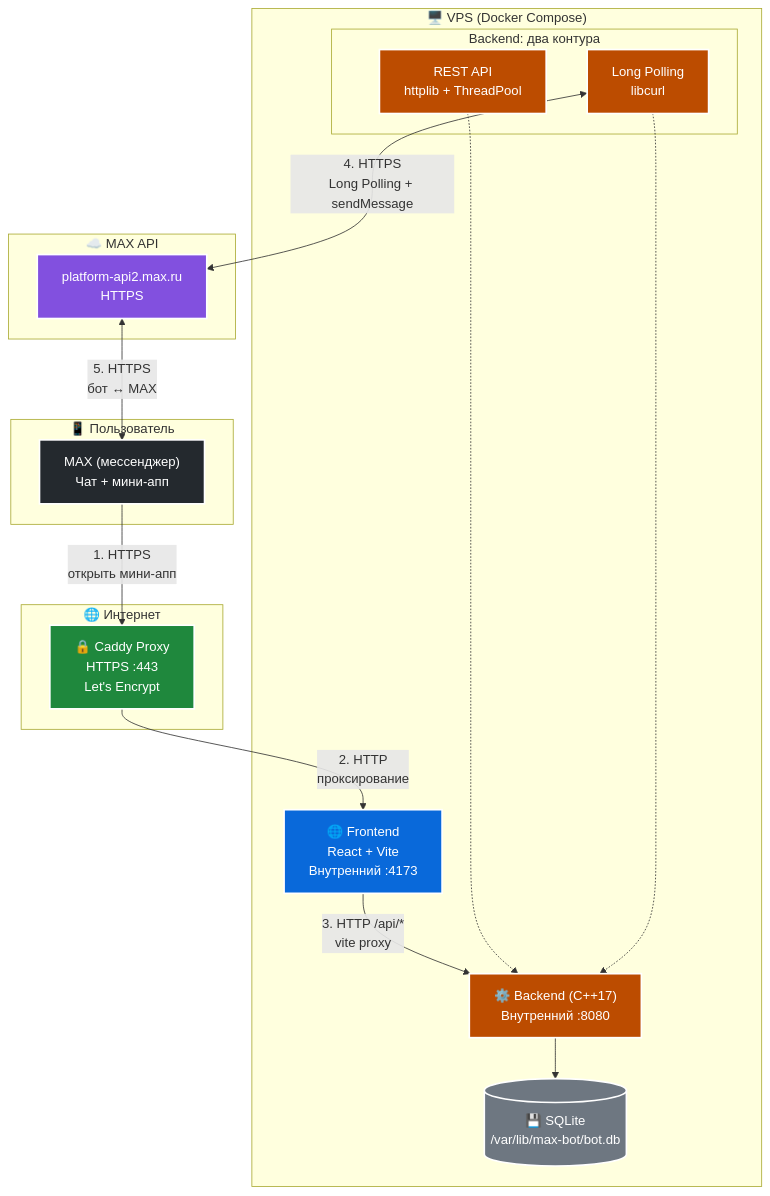
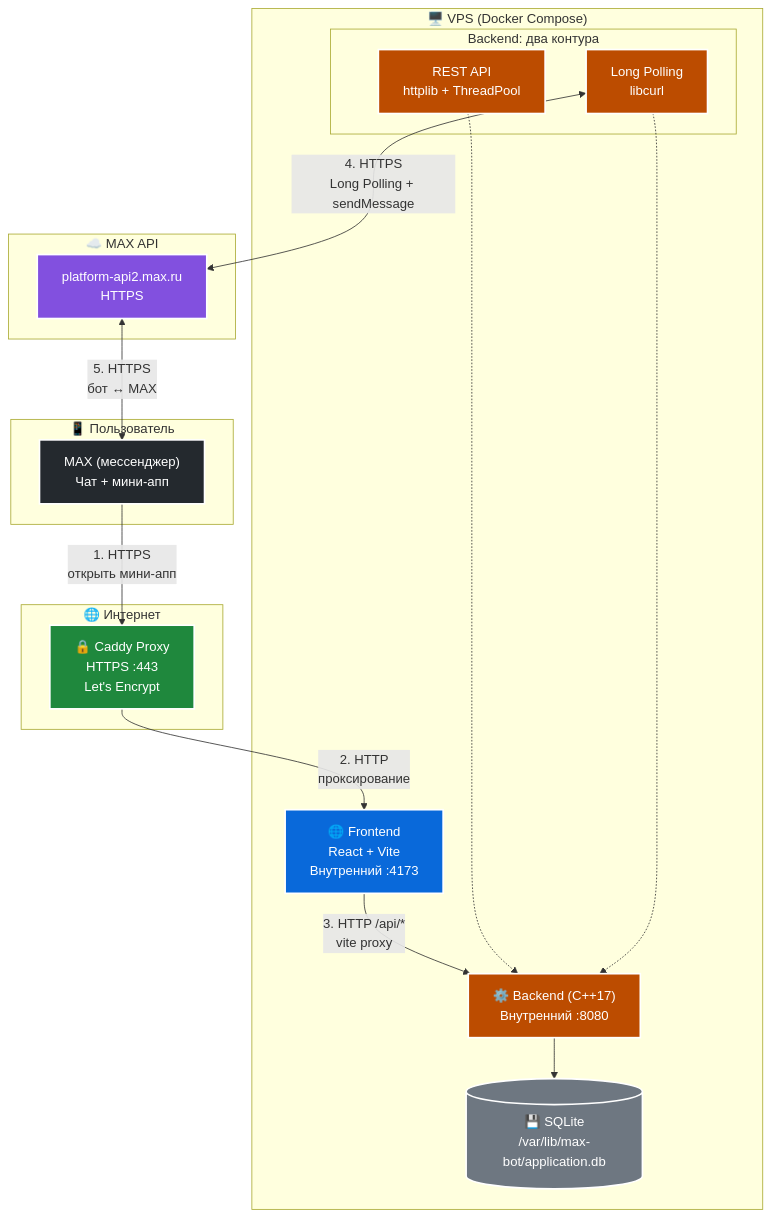
One commit to Hackathon-team-max/Hackaton-project-bot changed the diagram in README.md. Above: the diagram before and after it, drawn with Mermaid. The commit also changed other lines of this file and 1 other file, not shown here.

````diff
--- a/README.md
+++ b/README.md
@@ -27,48 +27,48 @@
 ```mermaid
 graph TB
     subgraph UserGroup ["📱 Пользователь"]
         MAX["MAX (мессенджер)<br/>Чат + мини-апп"]
     end
 
     subgraph InternetGroup ["🌐 Интернет"]
         CADDY["🔒 Caddy Proxy<br/>HTTPS :443<br/>Let's Encrypt"]
     end
 
     subgraph VpsGroup ["🖥️ VPS (Docker Compose)"]
         FRONT["🌐 Frontend<br/>React + Vite<br/>Внутренний :4173"]
         BACK["⚙️ Backend (C++17)<br/>Внутренний :8080"]
-        DB[("💾 SQLite<br/>/var/lib/max-bot/bot.db")]
+        DB[("💾 SQLite<br/>/var/lib/max-bot/application.db")]
 
         subgraph BackInner ["Backend: два контура"]
             REST["REST API<br/>httplib + ThreadPool"]
             LP["Long Polling<br/>libcurl"]
         end
     end
 
     subgraph MaxApiGroup ["☁️ MAX API"]
         API["platform-api2.max.ru<br/>HTTPS"]
     end
 
     MAX -->|"1. HTTPS<br/>открыть мини-апп"| CADDY
     CADDY -->|"2. HTTP<br/>проксирование"| FRONT
     FRONT -->|"3. HTTP /api/*<br/>vite proxy"| BACK
     BACK --> DB
     REST -.-> BACK
     LP -.-> BACK
     LP <-->|"4. HTTPS<br/>Long Polling + sendMessage"| API
     API <-->|"5. HTTPS<br/>бот ↔ MAX"| MAX
 
     classDef user fill:#24292e,stroke:#fff,stroke-width:2px,color:#fff
     classDef caddy fill:#1f883d,stroke:#fff,stroke-width:2px,color:#fff
     classDef front fill:#0969da,stroke:#fff,stroke-width:2px,color:#fff
     classDef back fill:#bc4c00,stroke:#fff,stroke-width:2px,color:#fff
     classDef db fill:#6e7781,stroke:#fff,stroke-width:2px,color:#fff
     classDef api fill:#8250df,stroke:#fff,stroke-width:2px,color:#fff
 
     class MAX user
     class CADDY caddy
     class FRONT front
     class BACK,REST,LP back
     class DB db
     class API api
 ```
````
